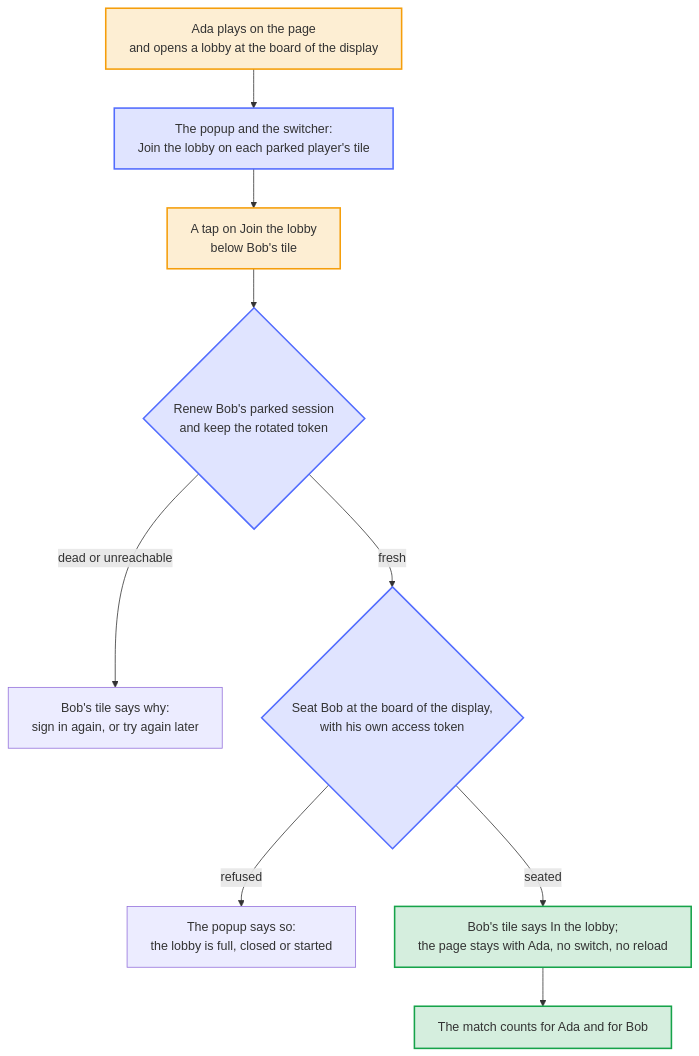
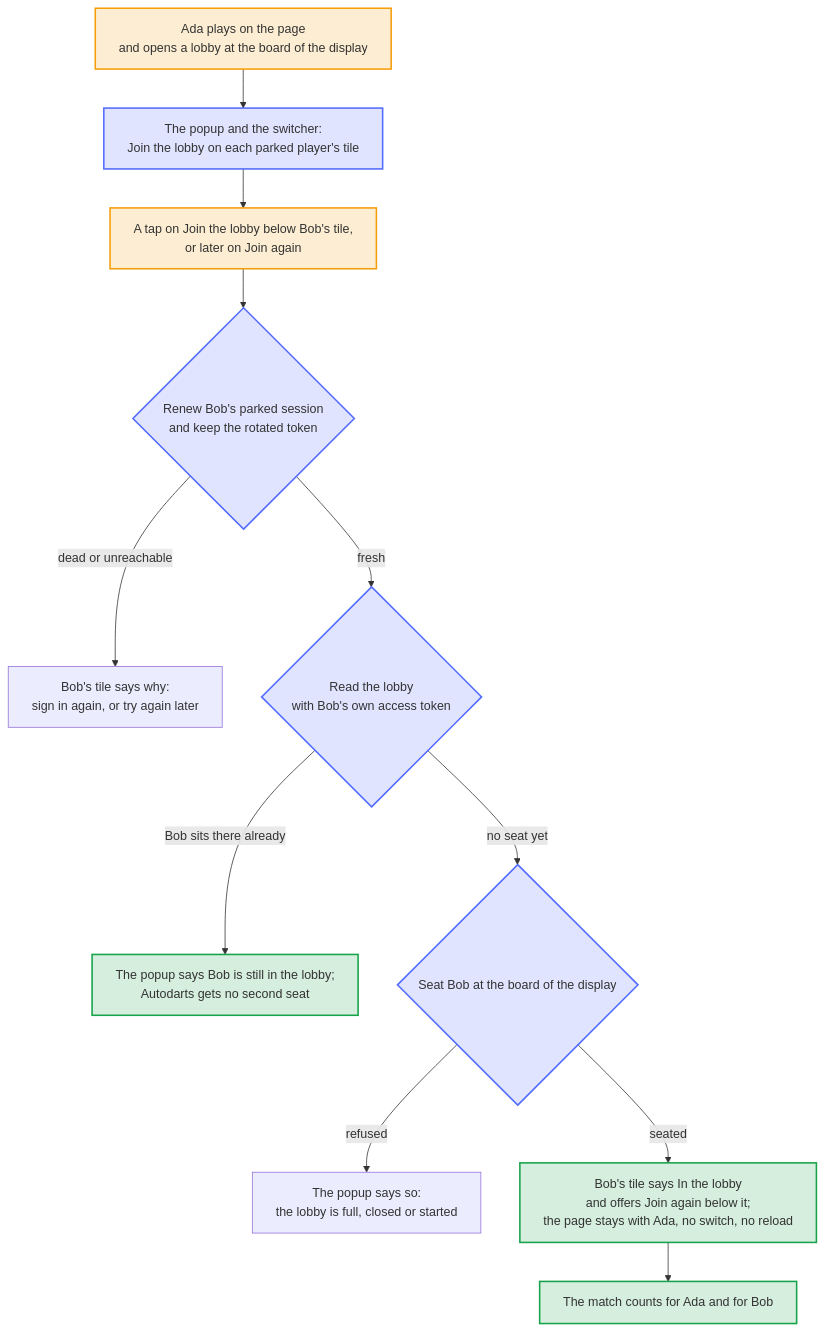
One commit to Dennis-Otto/player-switch-for-autodarts changed the diagram in docs/diagrams/join-a-lobby.mmd. Above: the diagram before and after it, drawn with Mermaid. The commit also changed 46 other files, not shown here.

First line of the commit message:
feat: a tile that says In the lobby offers to join again (#189)

```diff
--- a/docs/diagrams/join-a-lobby.mmd
+++ b/docs/diagrams/join-a-lobby.mmd
@@ -1,31 +1,35 @@
 ---
 config:
   flowchart:
     wrappingWidth: 400
 ---
 flowchart TB
     accTitle: Join the lobby with a parked player
-    accDescr: Ada plays on the page and opens a lobby on Autodarts at the board of the display. On that page, the tile of each parked player in the popup and in the switcher offers Join the lobby. A tap on Bob's renews his parked session and keeps the rotated token first. When his session is dead or Autodarts can't be reached, his tile says why and nothing else changes. Otherwise the extension seats Bob at the board of the display with his own access token, which never reaches the page. When Autodarts refuses the seat because the lobby is full, closed or started, the popup says so. Otherwise his tile says In the lobby, the page stays with Ada without a switch or a reload, and the match counts for both accounts.
+    accDescr: Ada plays on the page and opens a lobby on Autodarts at the board of the display. On that page, the tile of each parked player in the popup and in the switcher offers Join the lobby. A tap on Bob's, or later on Join again below his tile, renews his parked session and keeps the rotated token first. When his session is dead or Autodarts can't be reached, his tile says why and nothing else changes. Otherwise the extension reads the lobby with his own access token, which never reaches the page. When Bob sits there already, the popup says so and Autodarts gets no second seat. Otherwise the extension seats Bob at the board of the display. When Autodarts refuses the seat because the lobby is full, closed or started, the popup says so. Otherwise his tile says In the lobby, with Join again below it for when the host takes him out, the page stays with Ada without a switch or a reload, and the match counts for both accounts.
 
     lobby["Ada plays on the page<br>and opens a lobby at the board of the display"]
     tiles["The popup and the switcher:<br>Join the lobby on each parked player's tile"]
-    tap["A tap on Join the lobby<br>below Bob's tile"]
+    tap["A tap on Join the lobby below Bob's tile,<br>or later on Join again"]
     renew{"Renew Bob's parked session<br>and keep the rotated token"}
     why["Bob's tile says why:<br>sign in again, or try again later"]
-    seat{"Seat Bob at the board of the display,<br>with his own access token"}
+    read{"Read the lobby<br>with Bob's own access token"}
+    kept["The popup says Bob is still in the lobby;<br>Autodarts gets no second seat"]
+    seat{"Seat Bob at the board of the display"}
     refused["The popup says so:<br>the lobby is full, closed or started"]
-    seated["Bob's tile says In the lobby;<br>the page stays with Ada, no switch, no reload"]
+    seated["Bob's tile says In the lobby<br>and offers Join again below it;<br>the page stays with Ada, no switch, no reload"]
     stats["The match counts for Ada and for Bob"]
 
     lobby --> tiles --> tap --> renew
     renew -- "dead or unreachable" --> why
-    renew -- "fresh" --> seat
+    renew -- "fresh" --> read
+    read -- "Bob sits there already" --> kept
+    read -- "no seat yet" --> seat
     seat -- "refused" --> refused
     seat -- "seated" --> seated --> stats
 
     classDef bot fill:#526cfe2e,stroke:#526cfe,stroke-width:2px
     classDef person fill:#f59e0b2e,stroke:#f59e0b,stroke-width:2px
     classDef done fill:#16a34a2e,stroke:#16a34a,stroke-width:2px
-    class tiles,renew,seat bot
+    class tiles,renew,read,seat bot
     class lobby,tap person
-    class seated,stats done
+    class kept,seated,stats done
```
